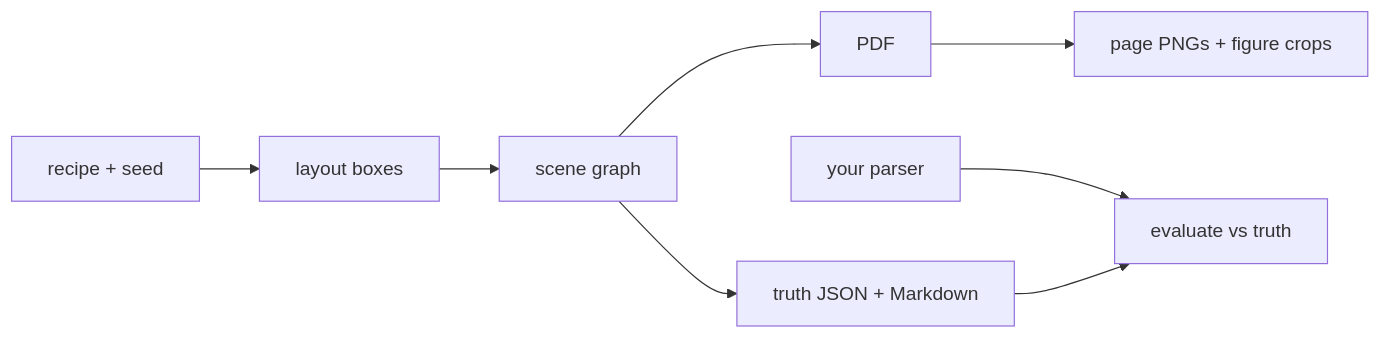
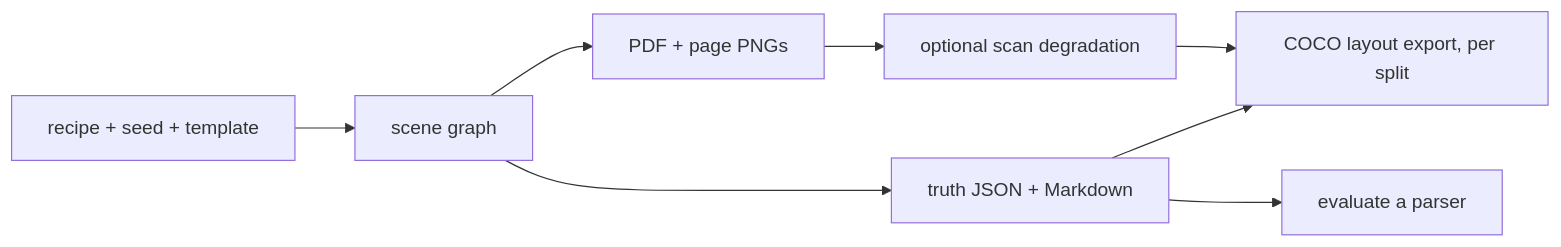
The diagram in README.md (leejianrong/synthetic-pdf-bench), drawn with Mermaid before and after one commit. The commit also changed other lines of this file and 8 other files, not shown here.

````diff
--- a/README.md
+++ b/README.md
@@ -7,9 +9,10 @@
 ```mermaid
 flowchart LR
-  A[recipe + seed] --> B[layout boxes] --> C[scene graph]
-  C --> D[PDF]
-  C --> E[truth JSON + Markdown]
-  D --> F[page PNGs + figure crops]
-  P[your parser] --> G[evaluate vs truth]
-  E --> G
+  A[recipe + seed + template] --> B[scene graph]
+  B --> C[PDF + page PNGs]
+  B --> D[truth JSON + Markdown]
+  C --> E[optional scan degradation]
+  D --> F[COCO layout export, per split]
+  E --> F
+  D --> G[evaluate a parser]
 ```
````
